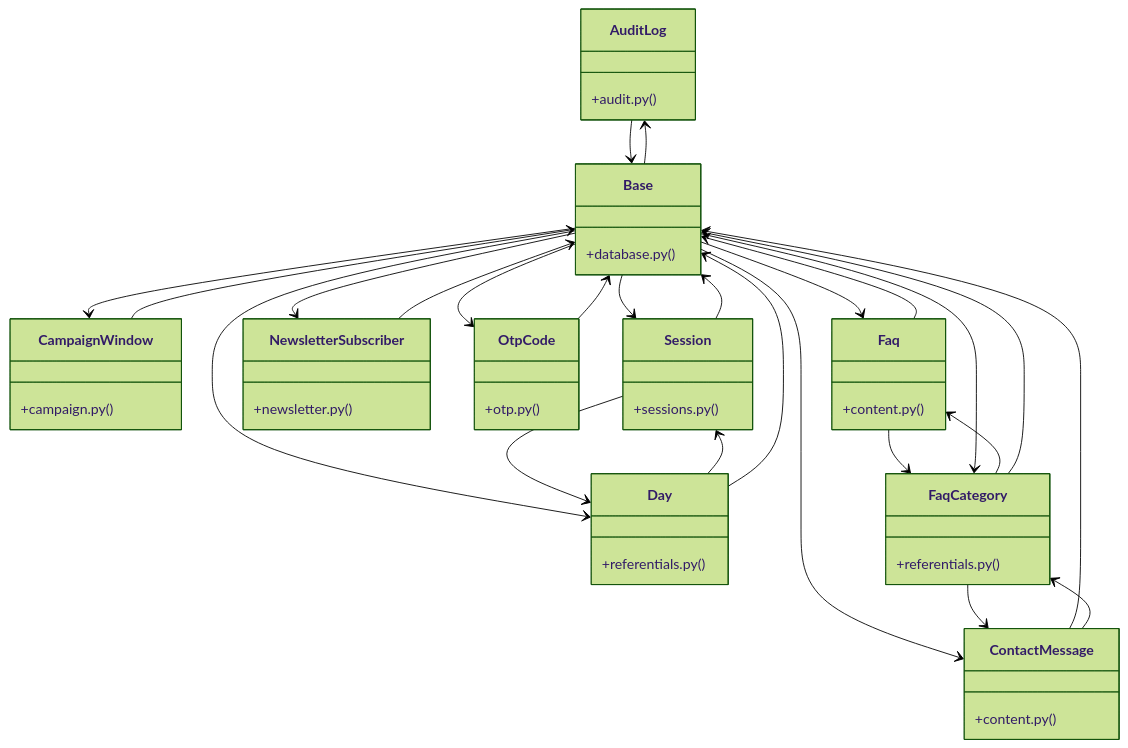
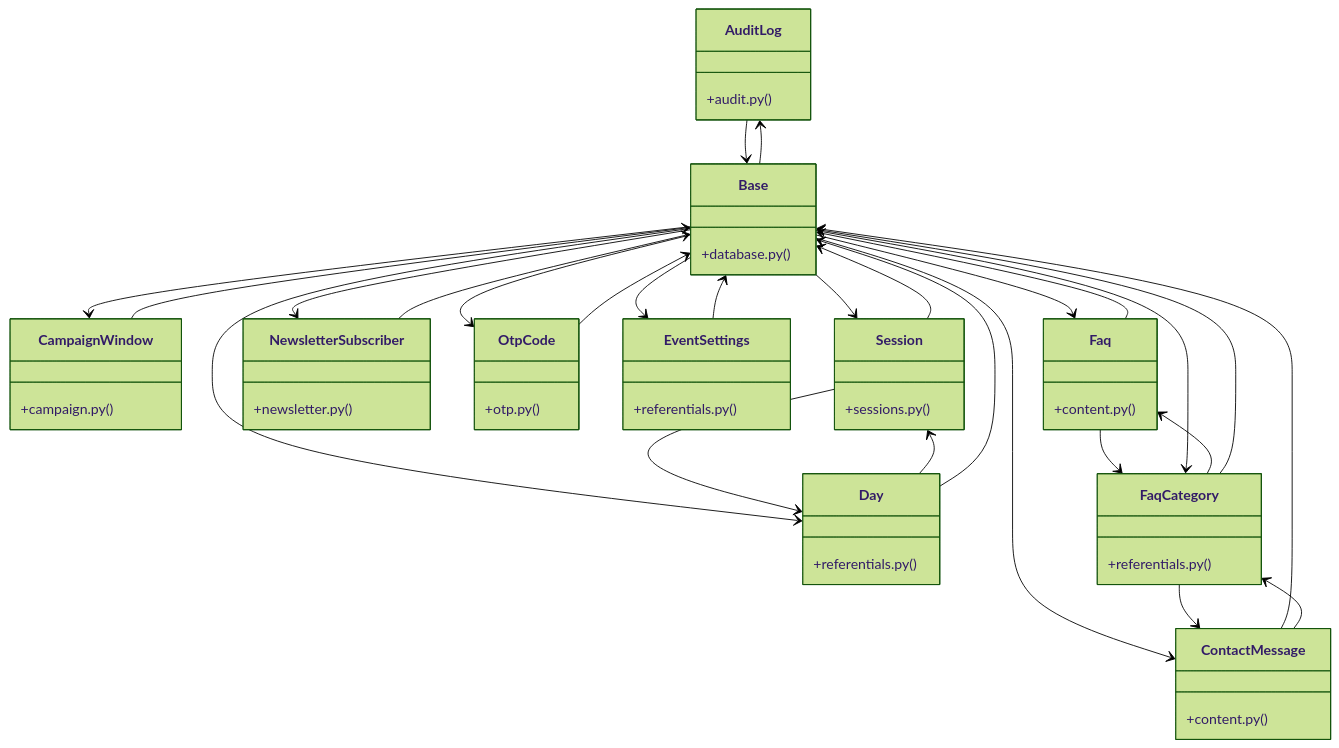
The diagram in graphify-out/wiki/[create_access_token()_&_Role]_Cluster.md (adjanayo/synca_conf_back), drawn with Mermaid (forest theme) before and after one commit. The commit also changed other lines of this file and 71 other files, not shown here.

Commit message:
docs: mise à jour graphify (graphe du code)

````diff
--- a/graphify-out/wiki/[create_access_token()_&_Role]_Cluster.md
+++ b/graphify-out/wiki/[create_access_token()_&_Role]_Cluster.md
@@ -36,57 +36,62 @@
 ```mermaid
 classDiagram
     class AuditLog {
         +audit.py()
     }
     class CampaignWindow {
         +campaign.py()
     }
     class ContactMessage {
         +content.py()
     }
     class Faq {
         +content.py()
     }
     class Base {
         +database.py()
     }
     class NewsletterSubscriber {
         +newsletter.py()
     }
     class OtpCode {
         +otp.py()
     }
     class Day {
         +referentials.py()
     }
+    class EventSettings {
+        +referentials.py()
+    }
     class FaqCategory {
         +referentials.py()
     }
     class Session {
         +sessions.py()
     }
     AuditLog --> Base
     CampaignWindow --> Base
     ContactMessage --> Base
     ContactMessage --> FaqCategory
     Faq --> Base
     Faq --> FaqCategory
     Base --> Session
     Base --> AuditLog
     Base --> OtpCode
     Base --> CampaignWindow
     Base --> Faq
     Base --> ContactMessage
     Base --> Day
     Base --> FaqCategory
+    Base --> EventSettings
     Base --> NewsletterSubscriber
     NewsletterSubscriber --> Base
     OtpCode --> Base
     Day --> Session
     Day --> Base
+    EventSettings --> Base
     FaqCategory --> Faq
     FaqCategory --> ContactMessage
     FaqCategory --> Base
     Session --> Base
     Session --> Day
 ```
````
